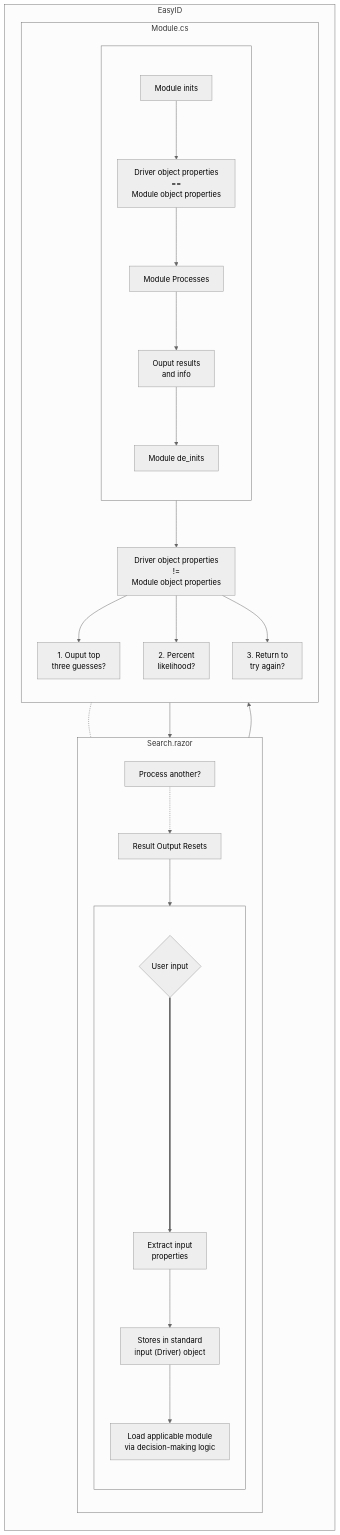
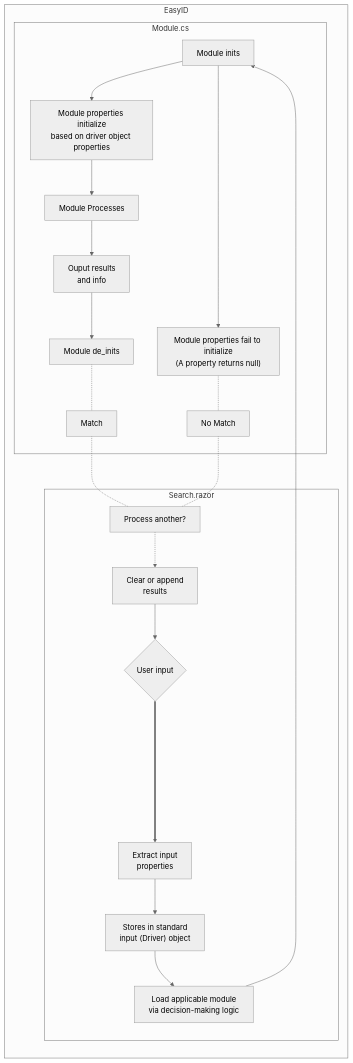
The first of 2 diagrams in README.md (tarynbytes/EasyID), drawn with Mermaid (neutral theme) before and after one commit. The commit also changed other lines of this file, not shown here.

````diff
--- a/README.md
+++ b/README.md
@@ -5,26 +4,19 @@
 ```mermaid
 flowchart LR
 subgraph EasyID
   subgraph Search.razor
-  direction TB
-    subgraph  
-      direction TB
-        A{User input} =====> B[Extract input\nproperties] --> Z["Stores in standard\ninput (Driver) object"] --> Y[Load applicable module\nvia decision-making logic]
-    end
-   M[Process another?]
-   Q[Result Output Resets]
+    A{User input} =====> B[Extract input\nproperties] --> Z["Stores in standard\ninput (Driver) object"] --> Y[Load applicable module\nvia decision-making logic]
+    M[Process another?]
+    Q[Clear or append\nresults]
   end
   subgraph Module.cs
-    direction TB
-    subgraph  
-      direction TB
-        D[Module inits] --> E[Driver object properties \n==\n Module object properties] --> G[Module Processes] --> H[Ouput results\nand info] --> I[Module de_inits]
-    end
-    D --> F[Driver object properties \n!=\n Module object properties]
-    F --> J[1. Ouput top\nthree guesses?] & K[2. Percent\nlikelihood?] & L[3. Return to\ntry again?]
+    D[Module inits] --> E["Module properties initialize\nbased on driver object properties"] --> G[Module Processes] --> H[Ouput results\nand info] --> I[Module de_inits]
+    R[Match]
+    S[No Match]
+    D --> F["Module properties fail to initialize\n(A property returns null)"]
   end
-I -.- M -.-> Q --> A
-L --> Y
+I -.- R -.- M -.-> Q --> A
+F -.- S -.- M 
 Y --> D
 end
 ```
````
